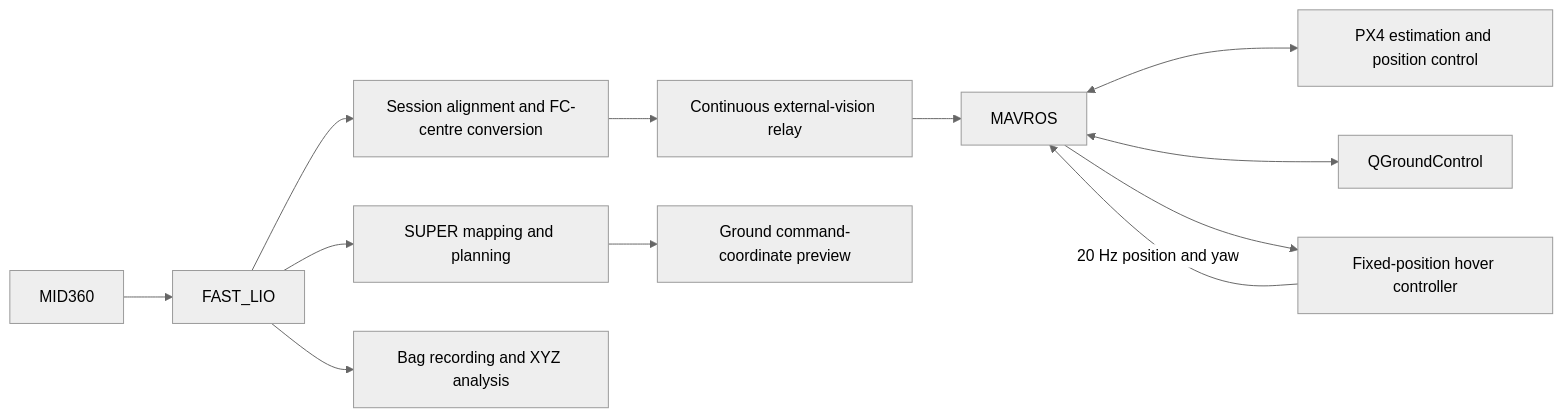
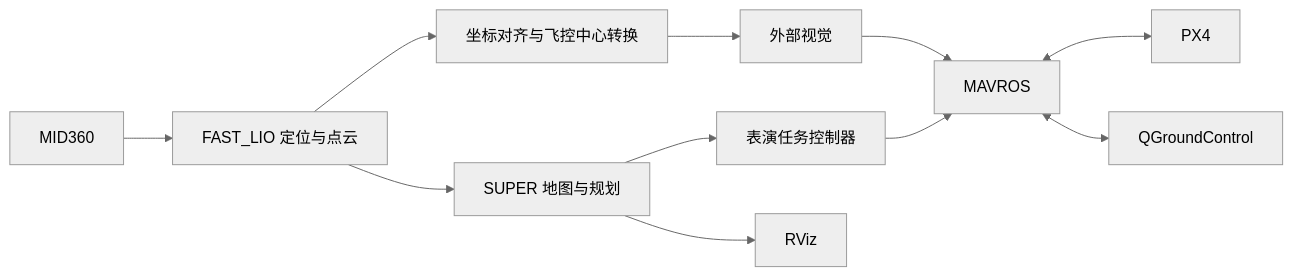
Before and after one commit to Haofei-Hu/Demo_HKU_open-day_SUPER: the diagram in README.md, drawn with Mermaid (neutral theme). The commit also changed other lines of this file and 7 other files, not shown here.

````diff
--- a/README.md
+++ b/README.md
@@ -80,14 +49,13 @@
 ```mermaid
 flowchart LR
-    L[MID360] --> O[FAST_LIO]
-    O --> A[Session alignment and FC-centre conversion]
-    A --> V[Continuous external-vision relay]
+    L[MID360] --> O[FAST_LIO 定位与点云]
+    O --> A[坐标对齐与飞控中心转换]
+    A --> V[外部视觉]
     V --> M[MAVROS]
-    M <--> F[PX4 estimation and position control]
+    M <--> F[PX4]
     M <--> Q[QGroundControl]
-    M --> H[Fixed-position hover controller]
-    H -->|20 Hz position and yaw| M
-    O --> S[SUPER mapping and planning]
-    S --> P[Ground command-coordinate preview]
-    O --> B[Bag recording and XYZ analysis]
+    O --> S[SUPER 地图与规划]
+    S --> C[表演任务控制器]
+    C --> M
+    S --> R[RViz]
 ```
````
